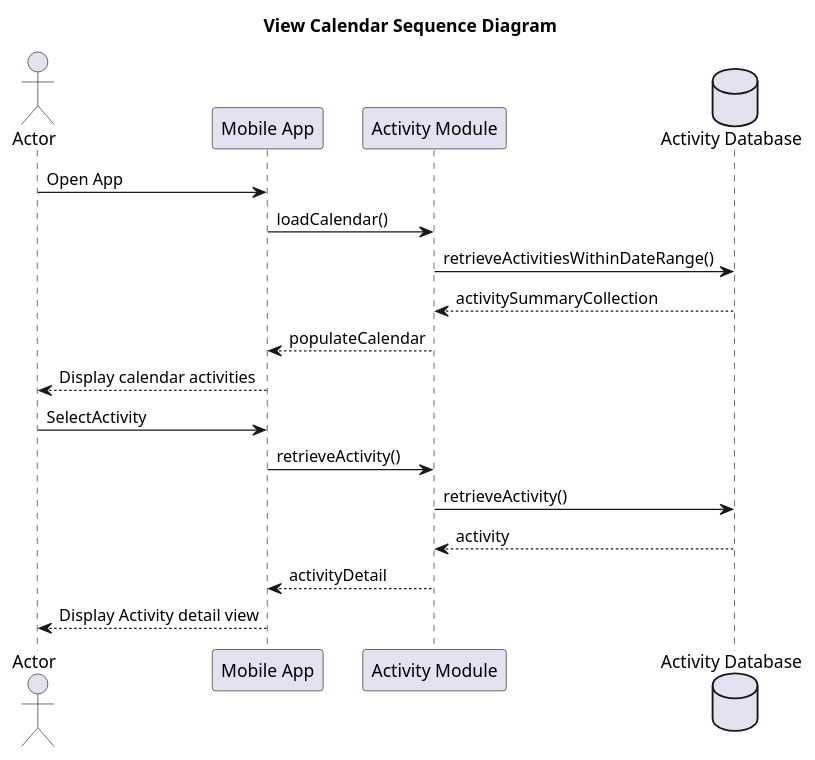
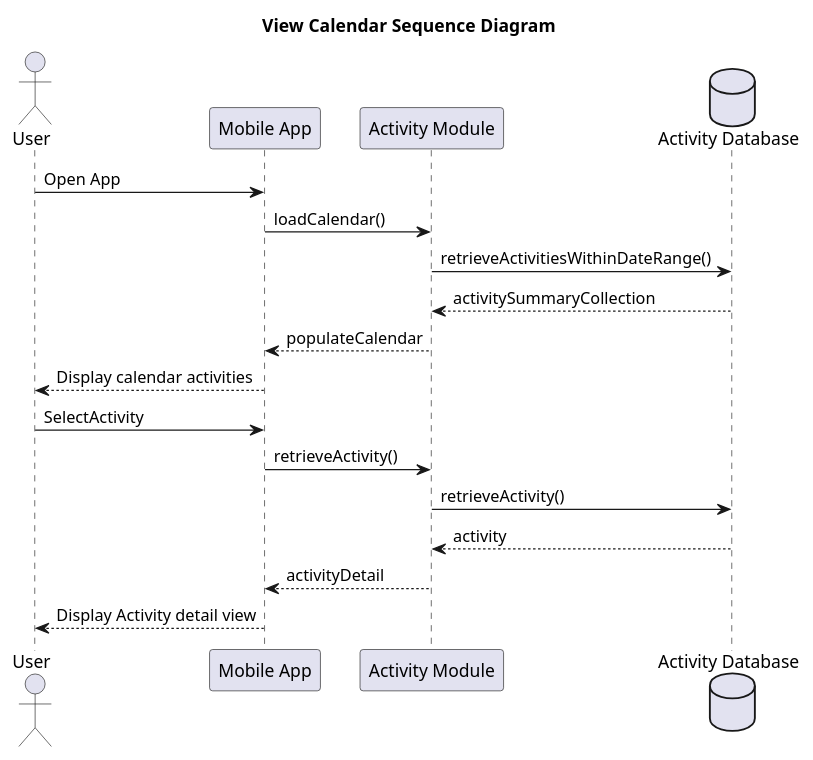
Before and after one commit to ruben-du-toit/aurii-app-service: the diagram in etc/diagrams/view-calendar-sequence.puml, drawn with PlantUML. The commit also changed 3 other files, not shown here.

```diff
--- a/etc/diagrams/view-calendar-sequence.puml
+++ b/etc/diagrams/view-calendar-sequence.puml
@@ -1,29 +1,29 @@
 @startuml
 
 title: View Calendar Sequence Diagram
 
-actor           "Actor"                     as User
+actor           "User"                     as User
 participant     "Mobile App"                as App
 'participant     "Coach Module"              as Coach
 'participant     "LLM Interface Module"      as LLMInterface
 participant     "Activity Module"           as Activity
 database        "Activity Database"         as ActivityDb
 'boundary        "LLM"                       as LLM
 
 
 User -> App: Open App
 App -> Activity: loadCalendar()
 Activity -> ActivityDb: retrieveActivitiesWithinDateRange()
 Activity <-- ActivityDb: activitySummaryCollection
 App <-- Activity: populateCalendar
 User <-- App: Display calendar activities
 
 ' Potentially excludable for MVP
 User -> App: SelectActivity
 App -> Activity: retrieveActivity()
 Activity -> ActivityDb: retrieveActivity()
 Activity <-- ActivityDb: activity
 App <-- Activity: activityDetail
 User <-- App: Display Activity detail view
 
 @enduml
```
